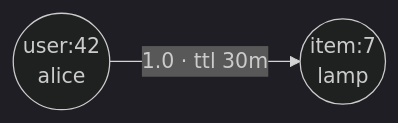
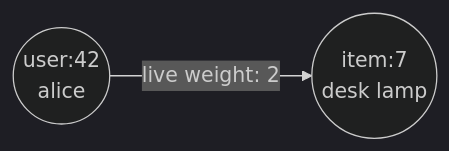
One commit to anaregdesign/lantern changed the first of 2 diagrams in README.md. Above: the diagram before and after it, drawn with Mermaid (dark theme). The commit also changed other lines of this file, not shown here.

````diff
--- a/README.md
+++ b/README.md
@@ -42,4 +78,4 @@
 ```mermaid
 graph LR
-    u(("user:42<br/>alice")) -- "1.0 · ttl 30m" --> i(("item:7<br/>lamp"))
+    u(("user:42<br/>alice")) -- "live weight: 2" --> i(("item:7<br/>desk lamp"))
 ```
````
